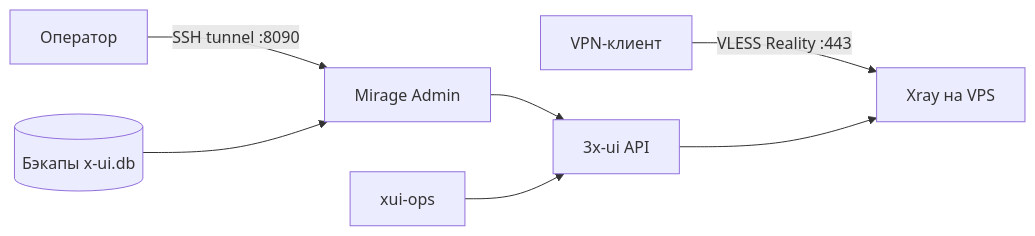
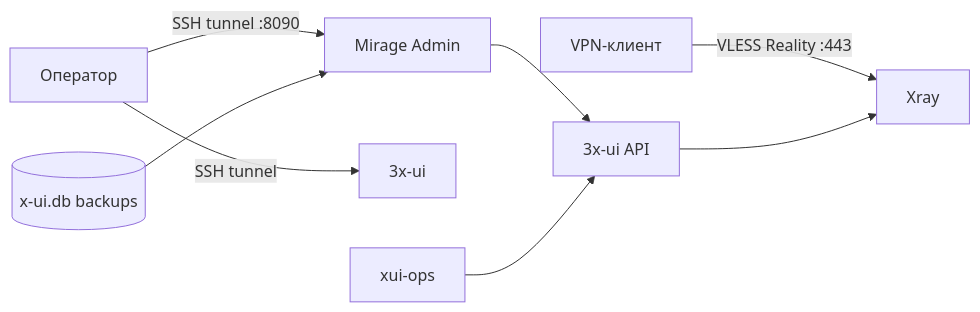
Before and after one commit to duckduckduck1/Mirage: the diagram in docs/architecture.md, drawn with Mermaid. The commit also changed other lines of this file and 23 other files, not shown here.

````diff
--- a/docs/architecture.md
+++ b/docs/architecture.md
@@ -42,9 +8,10 @@
 ```mermaid
 flowchart LR
-    client["VPN-клиент"] -->|VLESS Reality :443| xray["Xray на VPS"]
-    adminUser["Оператор"] -->|SSH tunnel :8090| admin["Mirage Admin"]
-    admin --> xuiApi["3x-ui API"]
-    ops["xui-ops"] --> xuiApi
-    xuiApi --> xray
-    backup[("Бэкапы x-ui.db")] --> admin
+    user["VPN-клиент"] -->|VLESS Reality :443| xray["Xray"]
+    operator["Оператор"] -->|SSH tunnel :8090| admin["Mirage Admin"]
+    operator -->|SSH tunnel| xui["3x-ui"]
+    admin --> api["3x-ui API"]
+    ops["xui-ops"] --> api
+    api --> xray
+    backup[("x-ui.db backups")] --> admin
 ```
````
